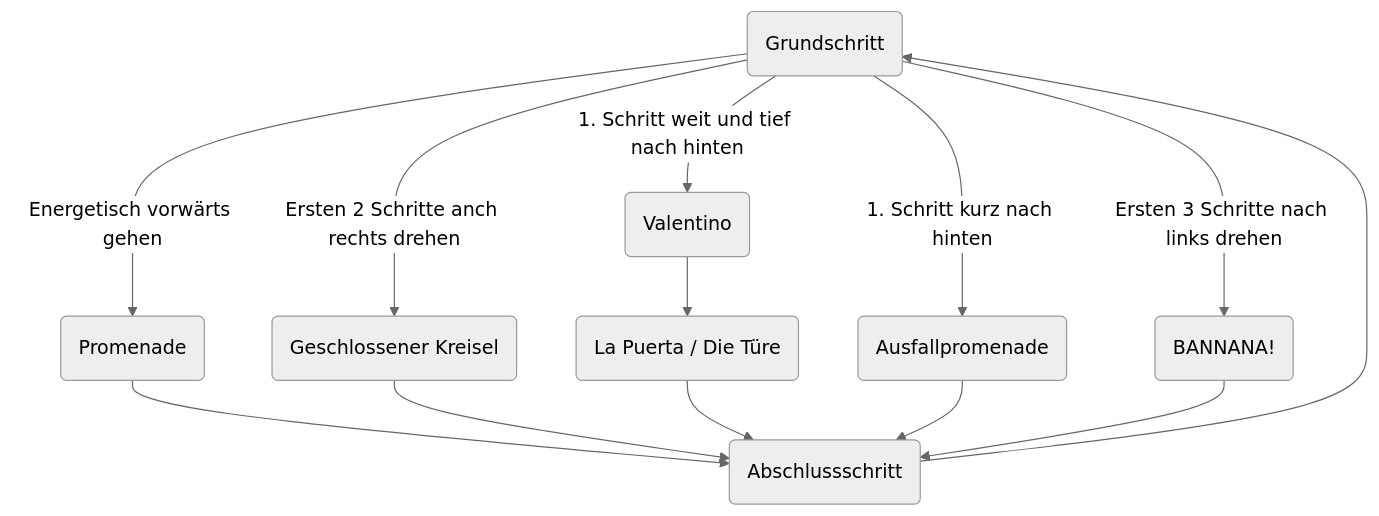
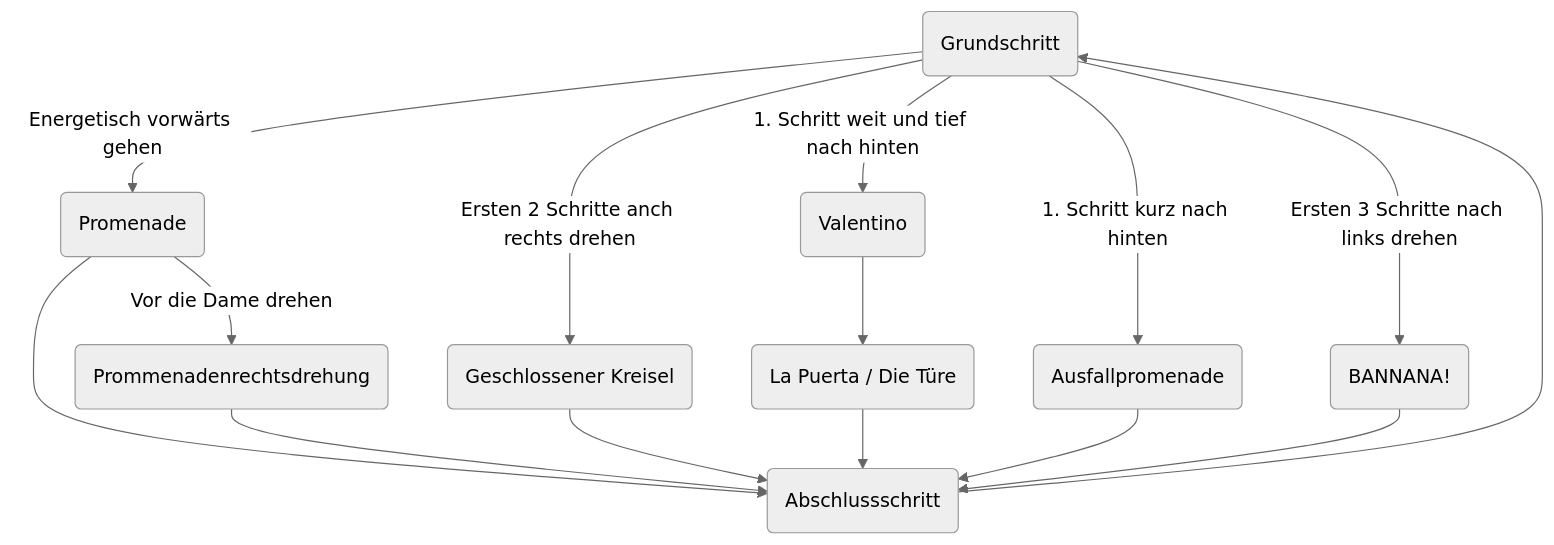
Before and after one commit to lloeffler/dances-and-figures: the diagram in tango/de.md, drawn with Mermaid (neutral theme). The commit also changed 2 other files, not shown here.

Commit message:
Added figures

````diff
--- a/tango/de.md
+++ b/tango/de.md
@@ -11,13 +11,14 @@
 ```mermaid
 flowchart TD;
     Grundschritt(Grundschritt) -->|Energetisch vorwärts gehen| Promenade(Promenade);
     Promenade --> Abschlussschritt(Abschlussschritt) --> Grundschritt;
+    Promenade -->|Vor die Dame drehen| Prommenadenrechtsdrehung(Prommenadenrechtsdrehung) --> Abschlussschritt;
     Grundschritt -->|Ersten 2 Schritte anch rechts drehen| GeschlossenerKreisel(Geschlossener Kreisel);
     GeschlossenerKreisel --> Abschlussschritt;
     Grundschritt -->|1. Schritt weit und tief nach hinten| Valentino(Valentino);
     Valentino --> LaPuerta(La Puerta / Die Türe);
     LaPuerta --> Abschlussschritt;
     Grundschritt -->|1. Schritt kurz nach hinten| Ausfallpromenade(Ausfallpromenade);
     Ausfallpromenade --> Abschlussschritt;
     Grundschritt -->|Ersten 3 Schritte nach links drehen| Bannana(BANNANA!) --> Abschlussschritt;
 ```
````
